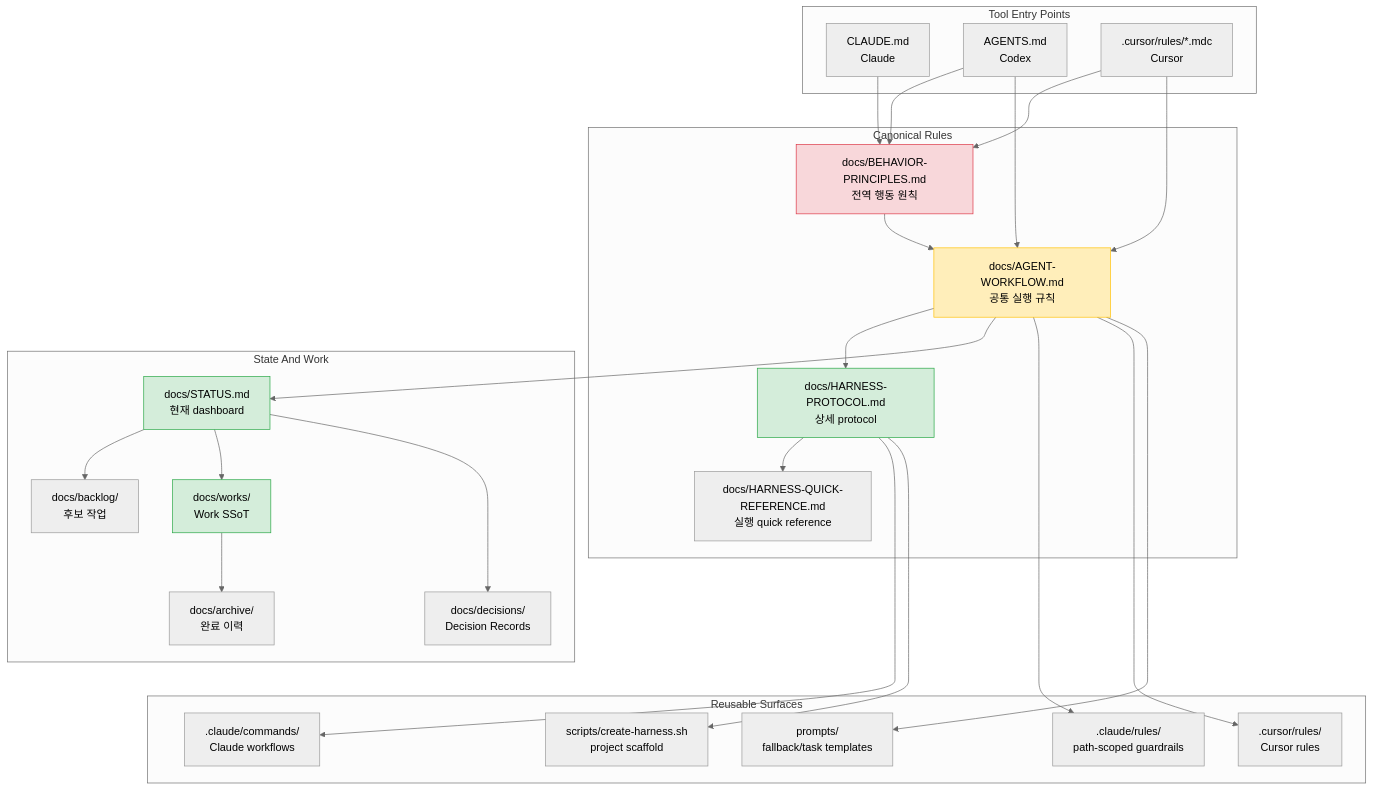
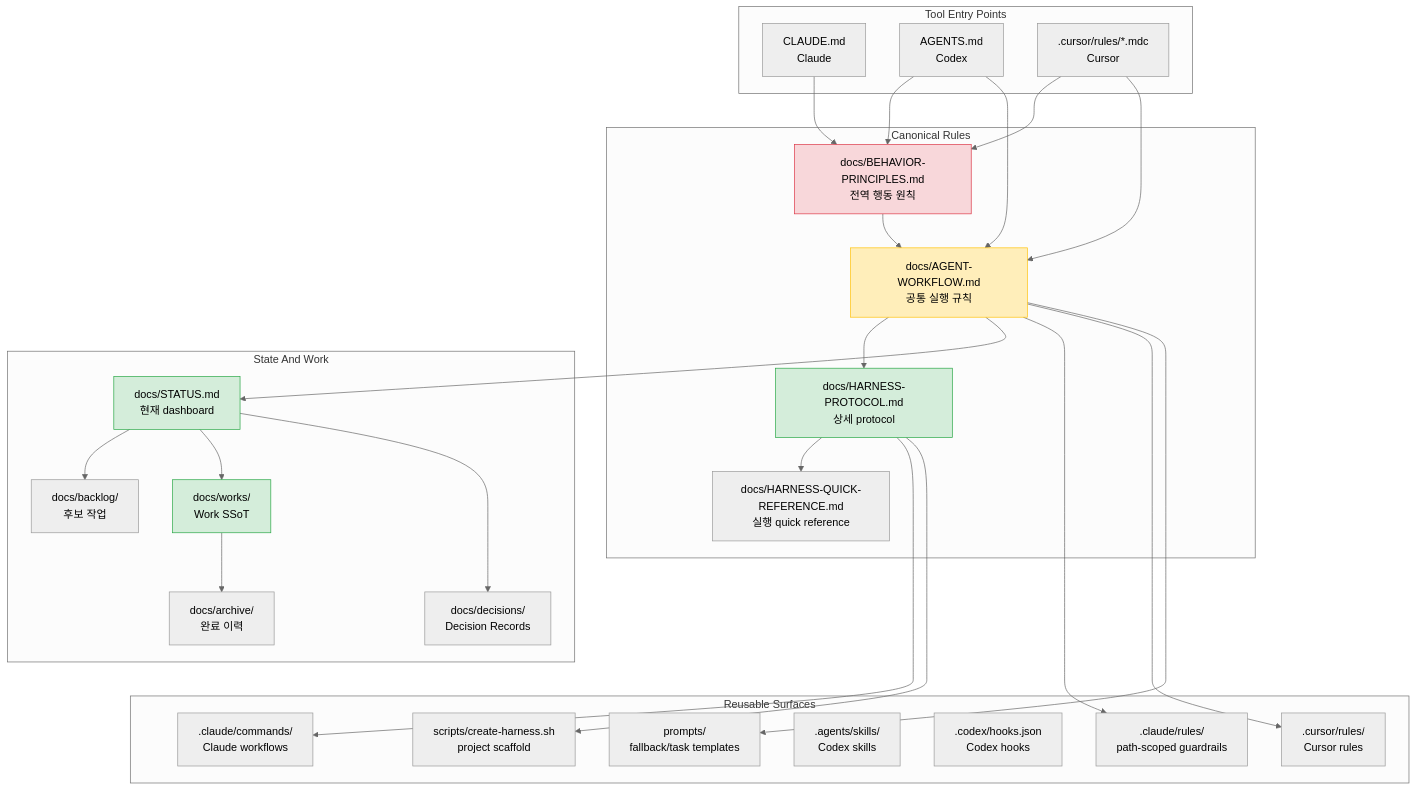
The second of 8 diagrams in README.md (kyungseo/ai-workflow-harness), drawn with Mermaid (neutral theme) before and after one commit. The commit also changed other lines of this file and 4 other files, not shown here.

First line of the commit message:
docs: HRN-026 cascade — .agents/.codex 경로 user-facing 문서 반영

````diff
--- a/README.md
+++ b/README.md
@@ -210,60 +210,62 @@
 ```mermaid
 flowchart TD
     subgraph ENTRY ["Tool Entry Points"]
         CLAUDE["CLAUDE.md\nClaude"]
         AGENTS["AGENTS.md\nCodex"]
         CURSOR[".cursor/rules/*.mdc\nCursor"]
     end
 
     subgraph CANON ["Canonical Rules"]
         BP["docs/BEHAVIOR-PRINCIPLES.md\n전역 행동 원칙"]
         AW["docs/AGENT-WORKFLOW.md\n공통 실행 규칙"]
         HP["docs/HARNESS-PROTOCOL.md\n상세 protocol"]
         HQ["docs/HARNESS-QUICK-REFERENCE.md\n실행 quick reference"]
     end
 
     subgraph STATE ["State And Work"]
         STATUS["docs/STATUS.md\n현재 dashboard"]
         BACKLOG["docs/backlog/\n후보 작업"]
         WORK["docs/works/\nWork SSoT"]
         DR["docs/decisions/\nDecision Records"]
         ARCHIVE["docs/archive/\n완료 이력"]
     end
 
     subgraph SURFACE ["Reusable Surfaces"]
         COMMANDS[".claude/commands/\nClaude workflows"]
         RULES[".claude/rules/\npath-scoped guardrails"]
         CURSOR_RULES[".cursor/rules/\nCursor rules"]
+        SKILLS[".agents/skills/\nCodex skills"]
+        HOOKS[".codex/hooks.json\nCodex hooks"]
         PROMPTS["prompts/\nfallback/task templates"]
         SCRIPT["scripts/create-harness.sh\nproject scaffold"]
     end
 
     CLAUDE --> BP --> AW --> HP
     AGENTS --> BP
     AGENTS --> AW
     CURSOR --> BP
     CURSOR --> AW
 
     AW --> STATUS
     STATUS --> BACKLOG
     STATUS --> WORK
     WORK --> ARCHIVE
     STATUS --> DR
 
     HP --> HQ
     HP --> COMMANDS
     AW --> RULES
     AW --> CURSOR_RULES
     AW --> PROMPTS
     HP --> SCRIPT
 
     %% Layout hint: place reusable surfaces below the main document layers.
     ARCHIVE ~~~ COMMANDS
     DR ~~~ PROMPTS
 
     style BP fill:#f8d7da,stroke:#dc3545
     style AW fill:#ffeeba,stroke:#ffc107
     style HP fill:#d4edda,stroke:#28a745
     style STATUS fill:#d4edda,stroke:#28a745
     style WORK fill:#d4edda,stroke:#28a745
 ```
````
